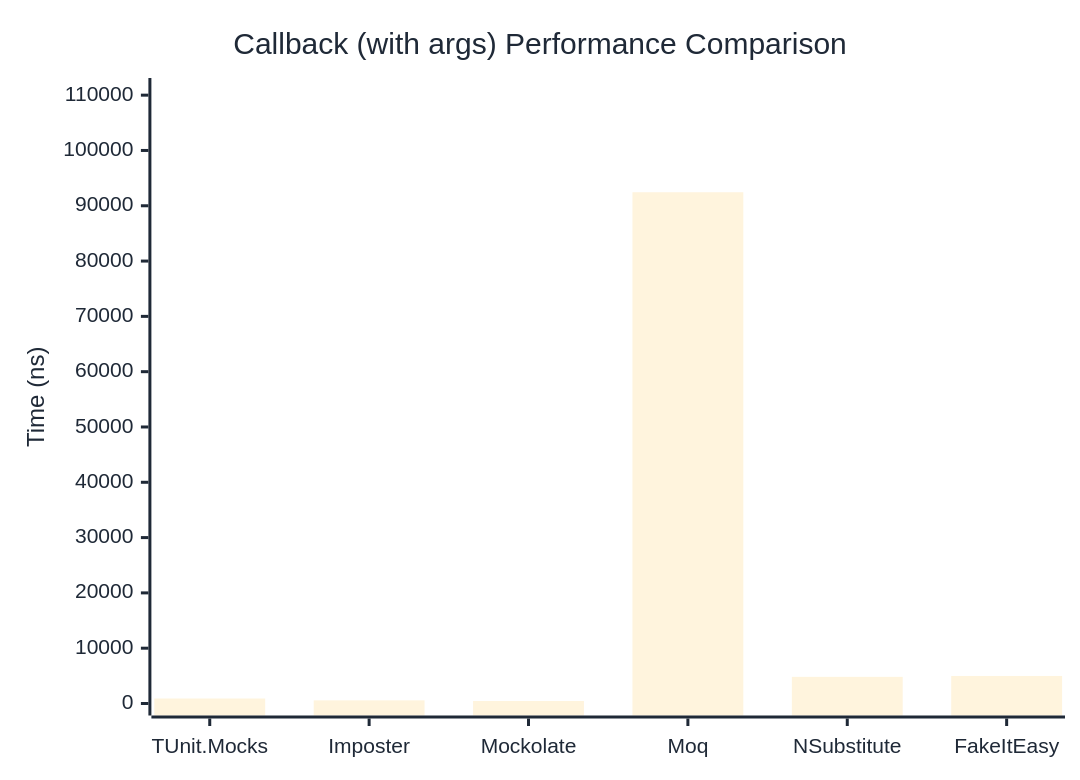
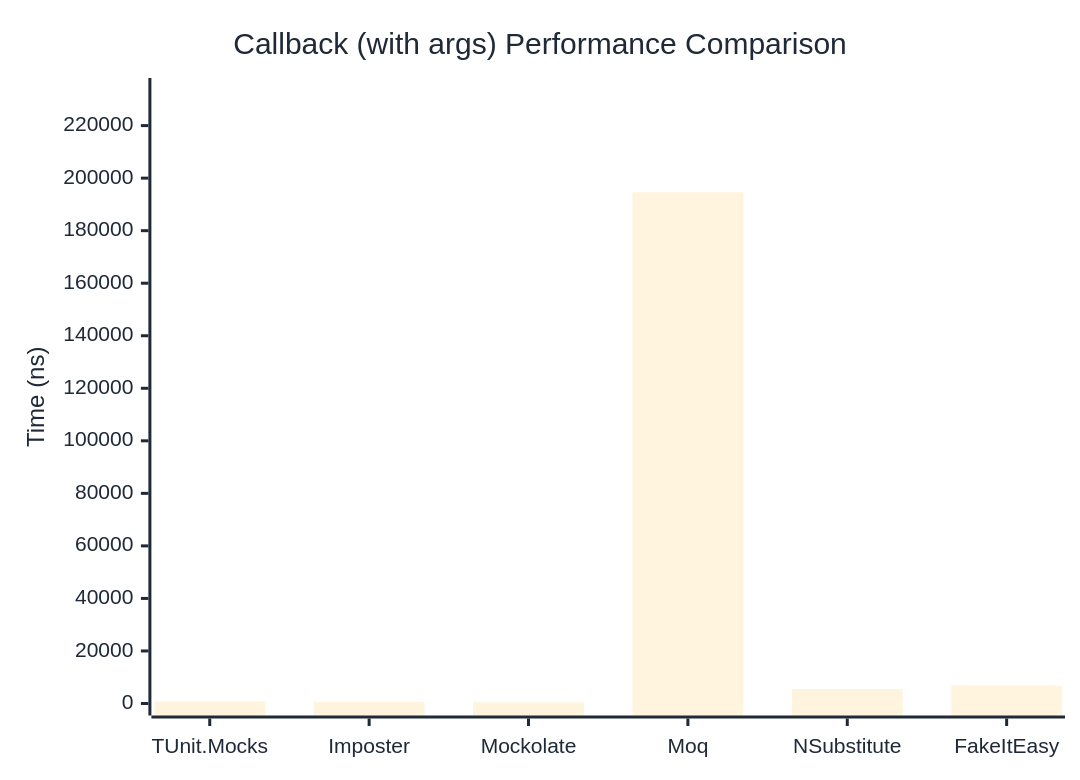
The second of 2 diagrams in docs/docs/benchmarks/mocks/Callback.md (thomhurst/TUnit), drawn with Mermaid before and after one commit. The commit also changed other lines of this file and 14 other files, not shown here.

````diff
--- a/docs/docs/benchmarks/mocks/Callback.md
+++ b/docs/docs/benchmarks/mocks/Callback.md
@@ -71,27 +71,27 @@
 ```mermaid
 %%{init: {
   'theme':'base',
   'themeVariables': {
     'primaryColor': '#2563eb',
     'primaryTextColor': '#1f2937',
     'primaryBorderColor': '#1e40af',
     'lineColor': '#6b7280',
     'secondaryColor': '#7c3aed',
     'tertiaryColor': '#dc2626',
     'background': '#ffffff',
     'pie1': '#2563eb',
     'pie2': '#7c3aed',
     'pie3': '#dc2626',
     'pie4': '#f59e0b',
     'pie5': '#10b981',
     'pie6': '#06b6d4',
     'pie7': '#ec4899',
     'pie8': '#6366f1'
   }
 }}%%
 xychart-beta
   title "Callback (with args) Performance Comparison"
   x-axis ["TUnit.Mocks", "Imposter", "Mockolate", "Moq", "NSubstitute", "FakeItEasy"]
-  y-axis "Time (ns)" 0 --> 110933
-  bar [901.2, 565.3, 454.5, 92444, 4820.4, 4981.3]
+  y-axis "Time (ns)" 0 --> 233554
+  bar [832.2, 594.9, 481.1, 194628, 5513.9, 6800.9]
 ```
````
